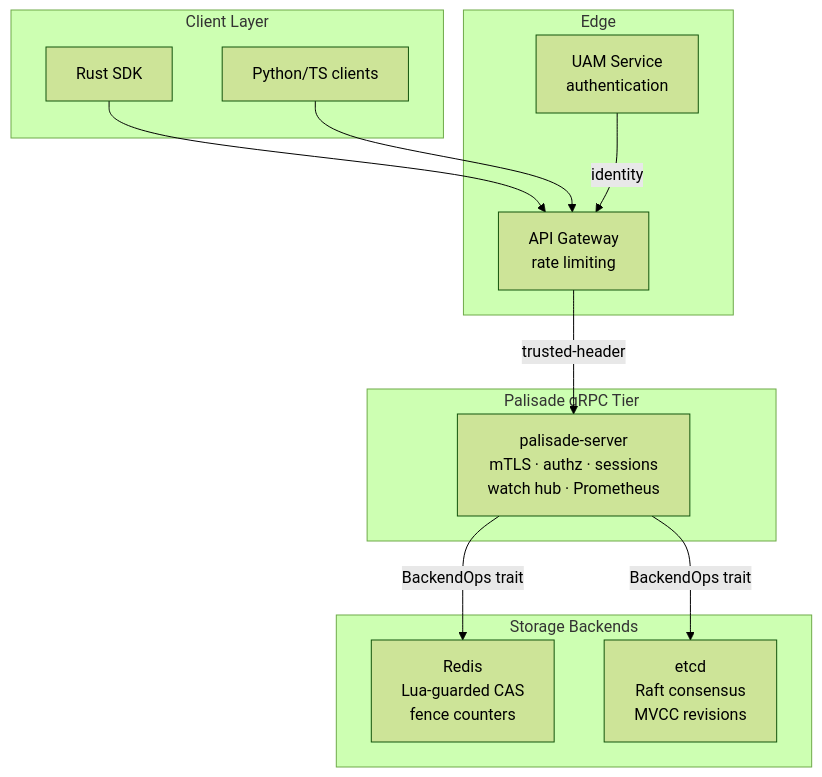
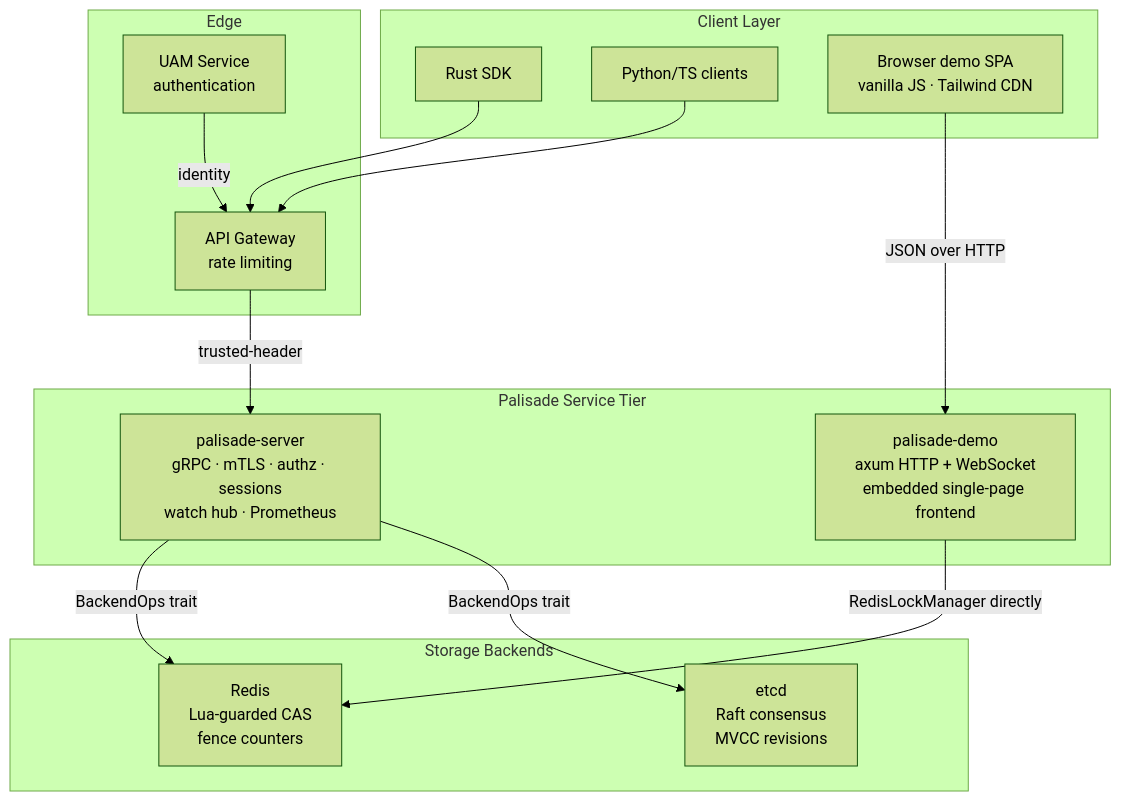
The first of 8 diagrams in ARCHITECTURE.md (MaNiSh-9211/LockDis), drawn with Mermaid (forest theme) before and after one commit. The commit also changed other lines of this file, not shown here.

First line of the commit message:
Fix architecture diagrams against the code; document demo surface

````diff
--- a/ARCHITECTURE.md
+++ b/ARCHITECTURE.md
@@ -5,28 +5,32 @@
 ```mermaid
 graph TB
     subgraph "Client Layer"
         RS[Rust SDK]
         PY[Python/TS clients]
+        WB[Browser demo SPA<br/>vanilla JS · Tailwind CDN]
     end
 
     subgraph "Edge"
         GW[API Gateway<br/>rate limiting]
         UAM[UAM Service<br/>authentication]
     end
 
-    subgraph "Palisade gRPC Tier"
-        PS[palisade-server<br/>mTLS · authz · sessions<br/>watch hub · Prometheus]
+    subgraph "Palisade Service Tier"
+        PS[palisade-server<br/>gRPC · mTLS · authz · sessions<br/>watch hub · Prometheus]
+        PD[palisade-demo<br/>axum HTTP + WebSocket<br/>embedded single-page frontend]
     end
 
     subgraph "Storage Backends"
         R[Redis<br/>Lua-guarded CAS<br/>fence counters]
         E[etcd<br/>Raft consensus<br/>MVCC revisions]
     end
 
     RS --> GW
     PY --> GW
     GW -->|trusted-header| PS
     UAM -->|identity| GW
+    WB -->|JSON over HTTP| PD
     PS -->|BackendOps trait| R
     PS -->|BackendOps trait| E
+    PD -->|RedisLockManager directly| R
 ```
````
